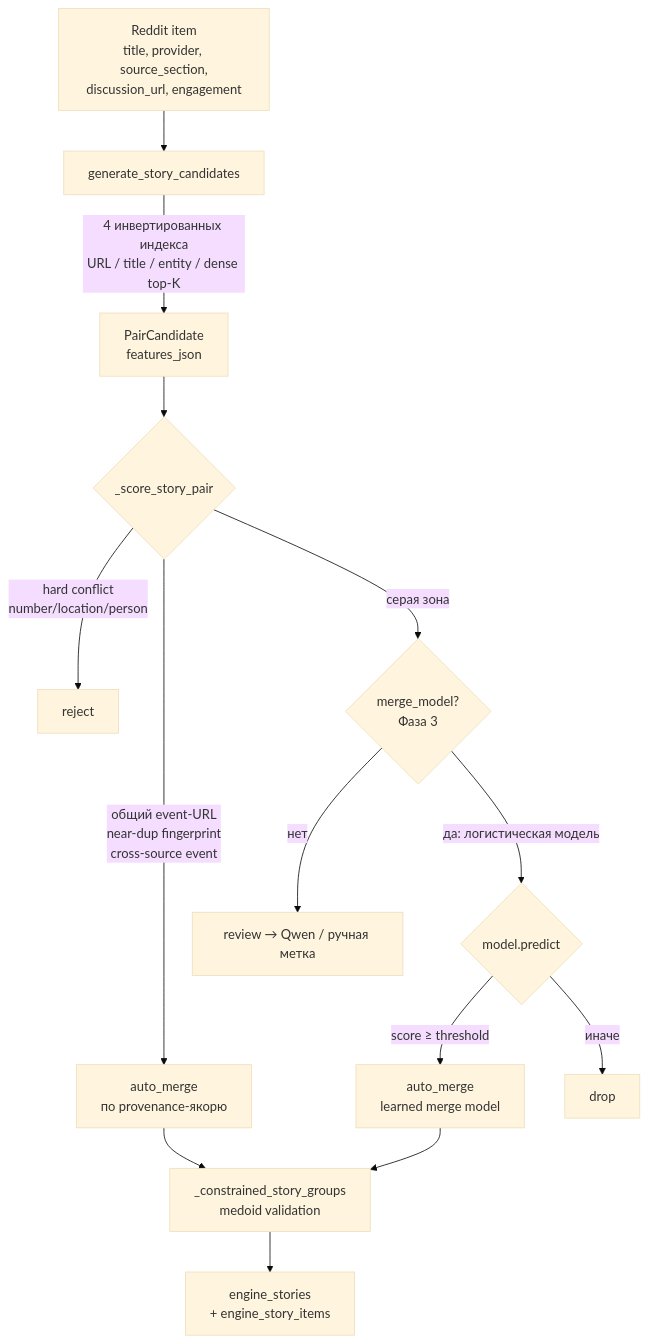
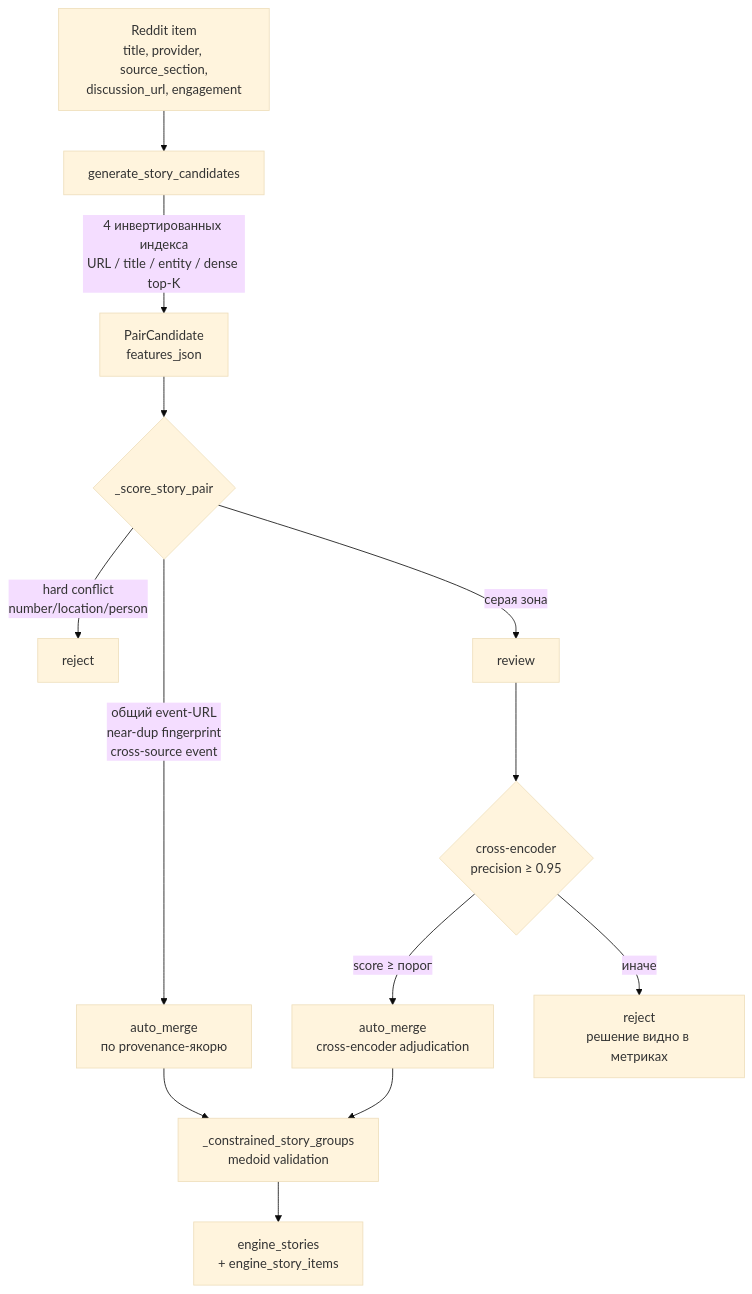
The second of 7 diagrams in docs/DATA_FLOW_DIAGRAMS.md (eiler2005/reddit-compass), drawn with Mermaid (base theme) before and after one commit. The commit also changed other lines of this file and 4 other files, not shown here.

````diff
--- a/docs/DATA_FLOW_DIAGRAMS.md
+++ b/docs/DATA_FLOW_DIAGRAMS.md
@@ -70,19 +70,18 @@
 ```mermaid
 flowchart TD
     A[Reddit item<br/>title, provider, source_section,<br/>discussion_url, engagement] --> B[generate_story_candidates]
     B -->|4 инвертированных индекса<br/>URL / title / entity / dense top-K| C[PairCandidate<br/>features_json]
     C --> D{_score_story_pair}
 
     D -->|общий event-URL<br/>near-dup fingerprint<br/>cross-source event| AM[auto_merge<br/>по provenance-якорю]
     D -->|hard conflict<br/>number/location/person| RJ[reject]
-    D -->|серая зона| GZ{merge_model?<br/>Фаза 3}
+    D -->|серая зона| RV[review]
 
-    GZ -->|да: логистическая модель| MD{model.predict}
-    MD -->|score ≥ threshold| AM2[auto_merge<br/>learned merge model]
-    MD -->|иначе| DROP[drop]
-    GZ -->|нет| RV[review → Qwen / ручная метка]
+    RV --> CE{cross-encoder<br/>precision ≥ 0.95}
+    CE -->|score ≥ порог| AM2[auto_merge<br/>cross-encoder adjudication]
+    CE -->|иначе| RJ2[reject<br/>решение видно в метриках]
 
     AM --> CG[_constrained_story_groups<br/>medoid validation]
     AM2 --> CG
     CG --> ST[engine_stories<br/>+ engine_story_items]
 ```
````
